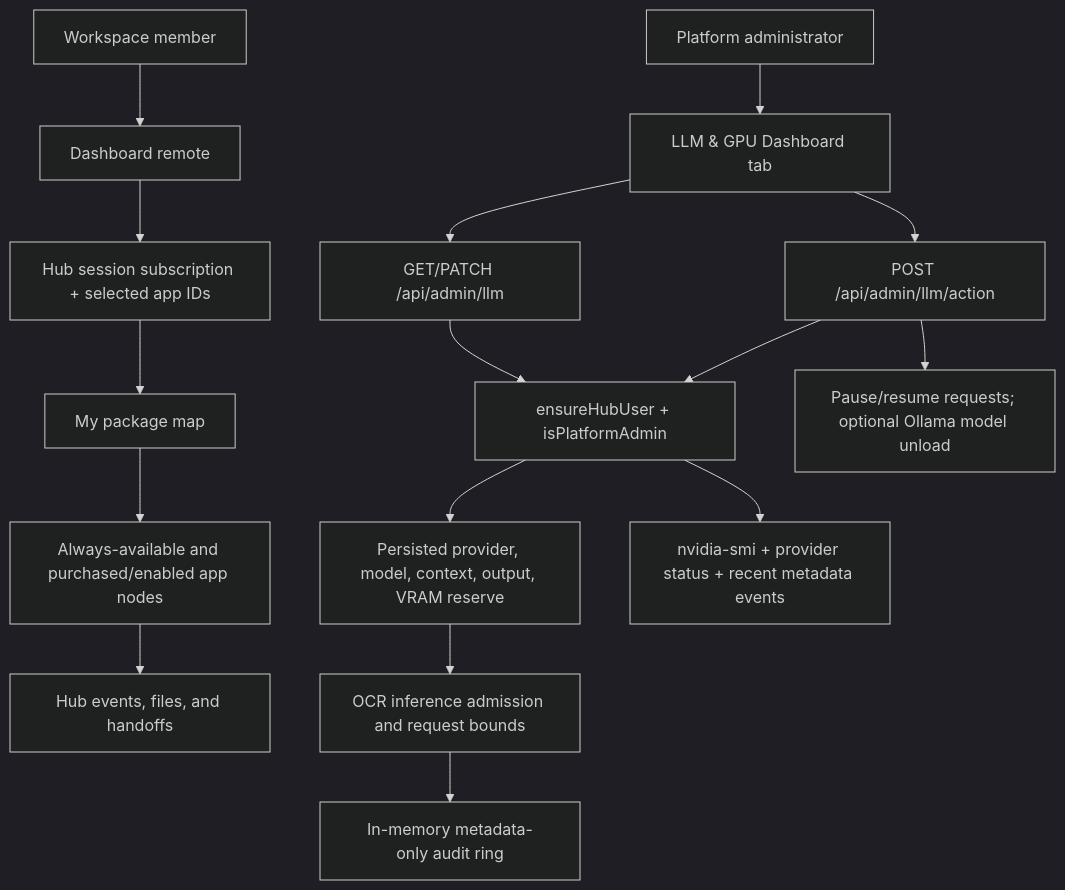
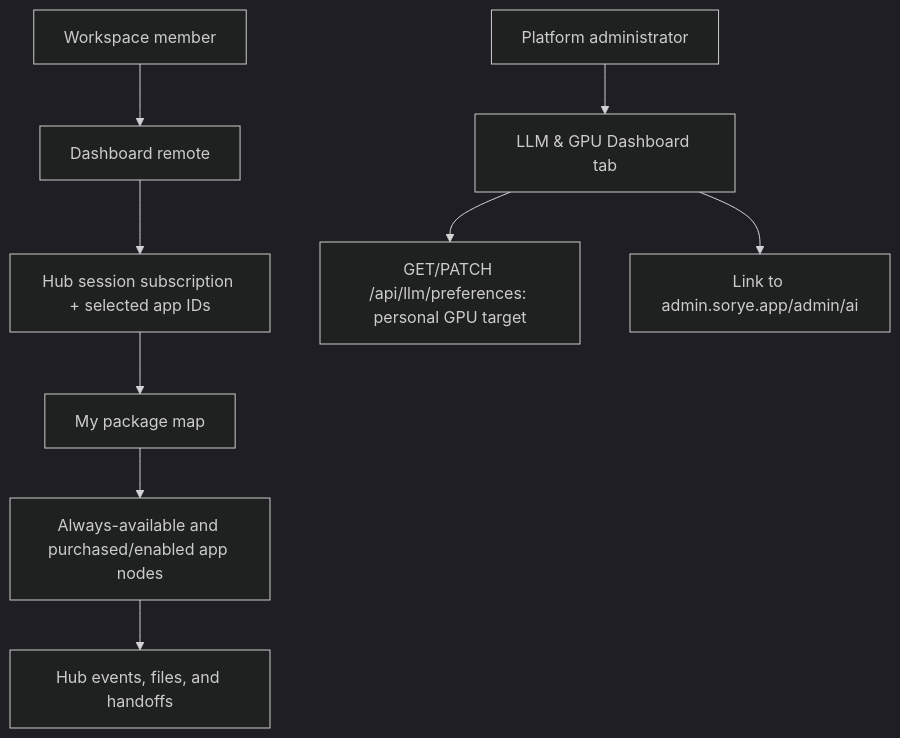
The fifth of 10 diagrams in docs/APP-BEHAVIOR-TREE.md (Adam-Szitas/sorye), drawn with Mermaid (dark theme) before and after one commit. The commit also changed other lines of this file and 84 other files, not shown here.

````diff
--- a/docs/APP-BEHAVIOR-TREE.md
+++ b/docs/APP-BEHAVIOR-TREE.md
@@ -155,19 +155,12 @@
 ```mermaid
 flowchart TD
     User[Workspace member] --> Dashboard[Dashboard remote]
     Dashboard --> Plan[Hub session subscription + selected app IDs]
     Plan --> PackageMap[My package map]
     PackageMap --> Nodes[Always-available and purchased/enabled app nodes]
     Nodes --> HubRoutes[Hub events, files, and handoffs]
 
     Admin[Platform administrator] --> LlmTab[LLM & GPU Dashboard tab]
-    LlmTab --> AdminApi[GET/PATCH /api/admin/llm]
-    LlmTab --> Actions[POST /api/admin/llm/action]
-    AdminApi --> AdminAuth[ensureHubUser + isPlatformAdmin]
-    Actions --> AdminAuth
-    AdminAuth --> Settings[Persisted provider, model, context, output, VRAM reserve]
-    AdminAuth --> Telemetry[nvidia-smi + provider status + recent metadata events]
-    Actions --> Pause[Pause/resume requests; optional Ollama model unload]
-    Settings --> Inference[OCR inference admission and request bounds]
-    Inference --> EventLog[In-memory metadata-only audit ring]
+    LlmTab --> Prefs[GET/PATCH /api/llm/preferences: personal GPU target]
+    LlmTab --> Link[Link to admin.sorye.app/admin/ai]
 ```
````
